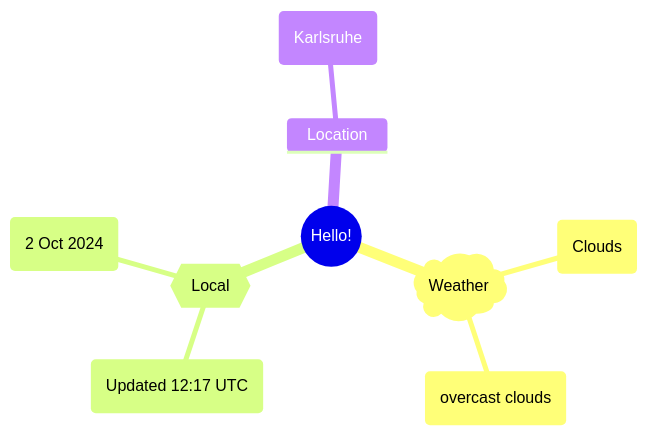
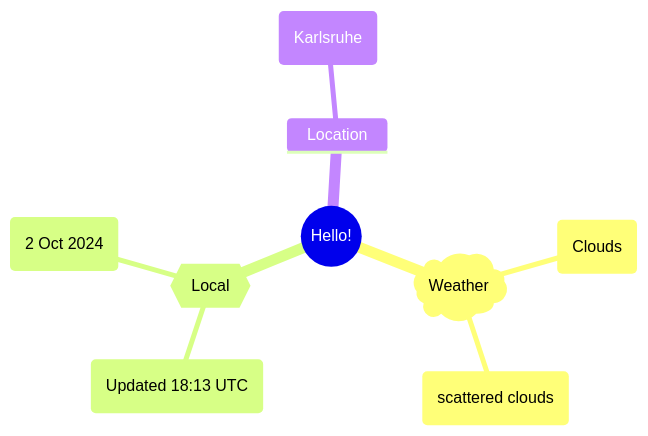
Before and after one commit to Xosrov/Xosrov: the first of 2 diagrams in README.md, drawn with Mermaid.

Commit message:
[bot] updated images

````diff
--- a/README.md
+++ b/README.md
@@ -3,12 +3,12 @@
 ```mermaid
 mindmap
   root((Hello!))
     )Weather(
         (Clouds)
-        (overcast clouds)
+        (scattered clouds)
     {{Local}}
-        (Updated 12:17 UTC)
+        (Updated 18:13 UTC)
         (2 Oct 2024)
     Location
         (Karlsruhe)
 ```
````
